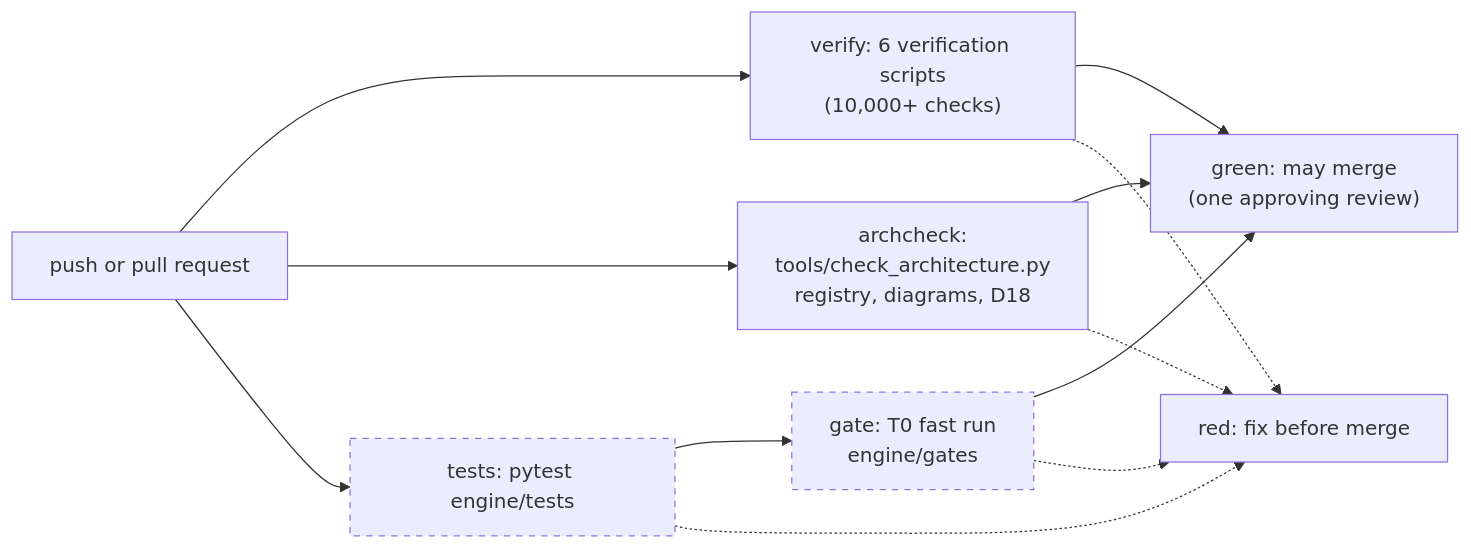
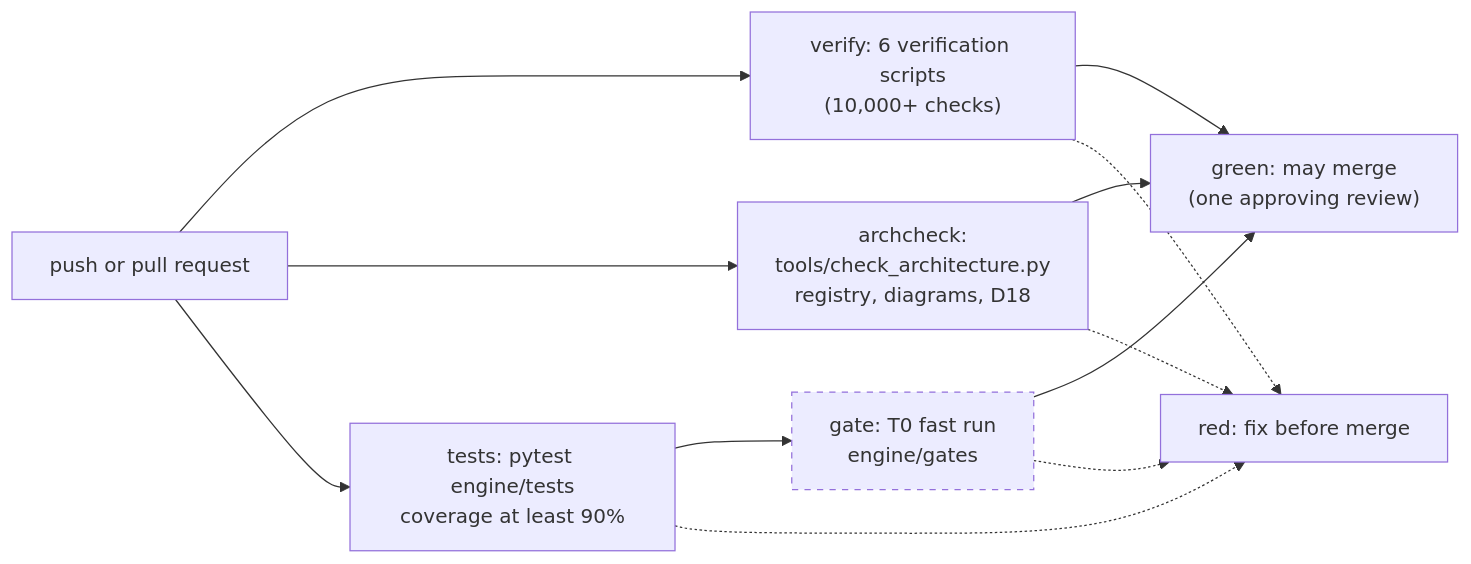
The eighth of 8 diagrams in ARCHITECTURE.md (MostafaDerraz/cosmic-mass-lab), drawn with Mermaid before and after one commit. The commit also changed other lines of this file and 5 other files, not shown here.

First line of the commit message:
MVP-3 (P2): CI runs pytest with coverage

````diff
--- a/ARCHITECTURE.md
+++ b/ARCHITECTURE.md
@@ -465,19 +465,19 @@
 ```mermaid
 flowchart LR
     classDef planned stroke-dasharray: 5 5
     PUSH["push or pull request"]
     V["verify: 6 verification scripts<br/>(10,000+ checks)"]
     A["archcheck:<br/>tools/check_architecture.py<br/>registry, diagrams, D18"]
-    T["tests: pytest engine/tests"]:::planned
+    T["tests: pytest engine/tests<br/>coverage at least 90%"]
     G["gate: T0 fast run<br/>engine/gates"]:::planned
     OK["green: may merge<br/>(one approving review)"]
     NO["red: fix before merge"]
 
     PUSH --> V --> OK
     PUSH --> A --> OK
     PUSH --> T --> G --> OK
     V -.-> NO
     A -.-> NO
     T -.-> NO
     G -.-> NO
 ```
````
